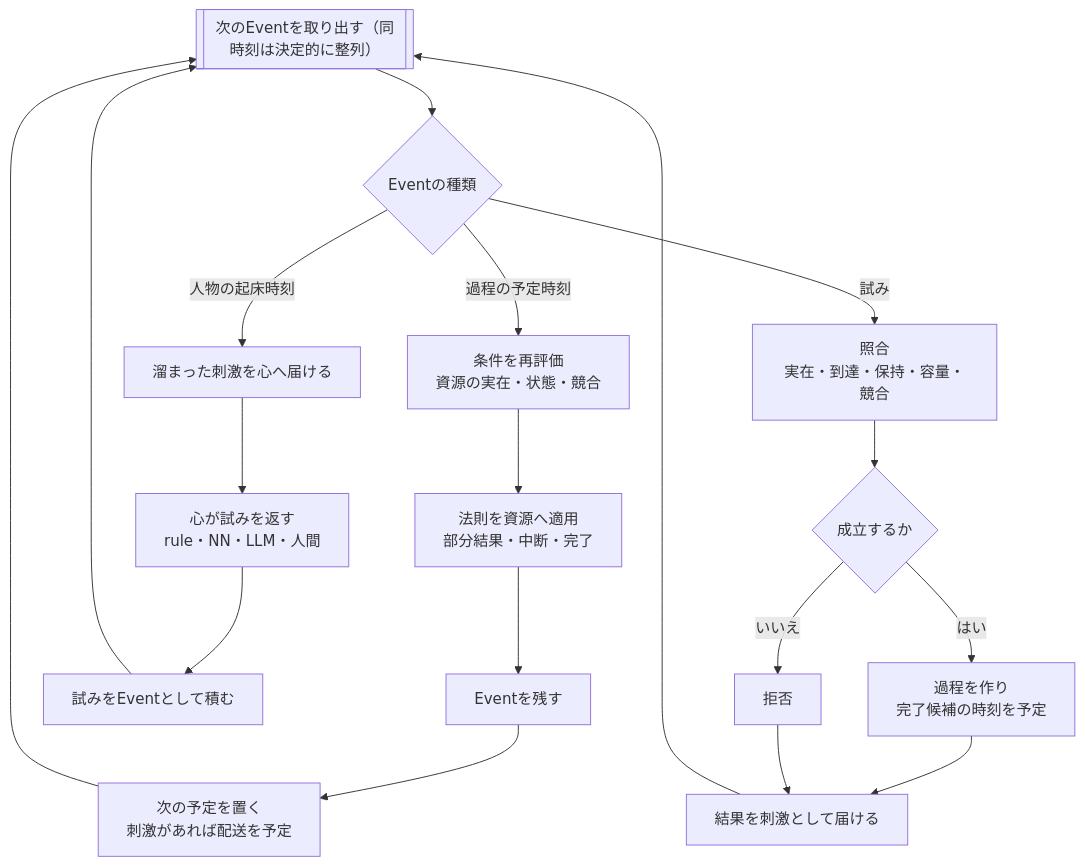
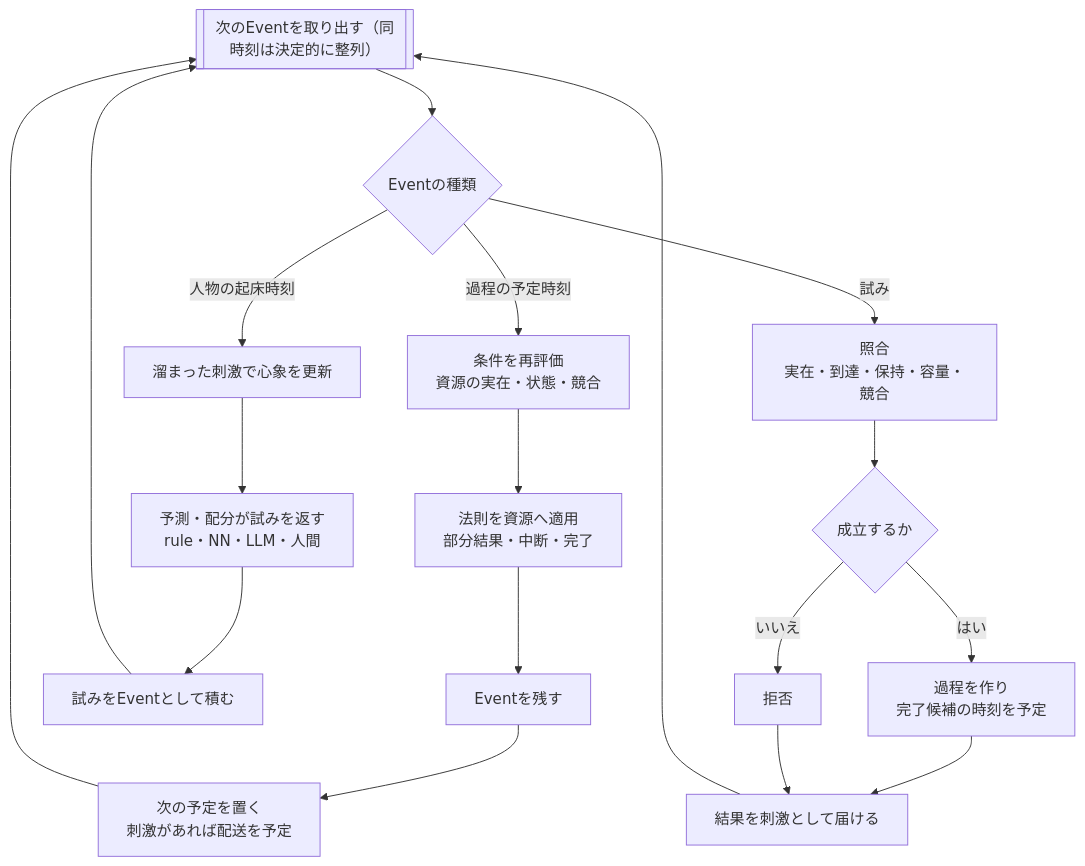
One commit to demerzel09/Medieval-Simulator changed the second of 2 diagrams in docs/DESIGN.md. Above: the diagram before and after it, drawn with Mermaid. The commit also changed other lines of this file and 3 other files, not shown here.

````diff
--- a/docs/DESIGN.md
+++ b/docs/DESIGN.md
@@ -98,20 +107,20 @@
 ```mermaid
 flowchart TD
   Q[["次のEventを取り出す（同時刻は決定的に整列）"]] --> K{Eventの種類}
   K -->|"過程の予定時刻"| A1["条件を再評価<br/>資源の実在・状態・競合"]
   A1 --> A2["法則を資源へ適用<br/>部分結果・中断・完了"]
   A2 --> A3["Eventを残す"]
   A3 --> A4["次の予定を置く<br/>刺激があれば配送を予定"]
   A4 --> Q
-  K -->|"人物の起床時刻"| B1["溜まった刺激を心へ届ける"]
-  B1 --> B2["心が試みを返す<br/>rule・NN・LLM・人間"]
+  K -->|"人物の起床時刻"| B1["溜まった刺激で心象を更新"]
+  B1 --> B2["予測・配分が試みを返す<br/>rule・NN・LLM・人間"]
   B2 --> B3["試みをEventとして積む"]
   B3 --> Q
   K -->|"試み"| C1["照合<br/>実在・到達・保持・容量・競合"]
   C1 --> C2{"成立するか"}
   C2 -->|"はい"| C3["過程を作り<br/>完了候補の時刻を予定"]
   C2 -->|"いいえ"| C5["拒否"]
   C3 --> C4["結果を刺激として届ける"]
   C5 --> C4
   C4 --> Q
 ```
````
